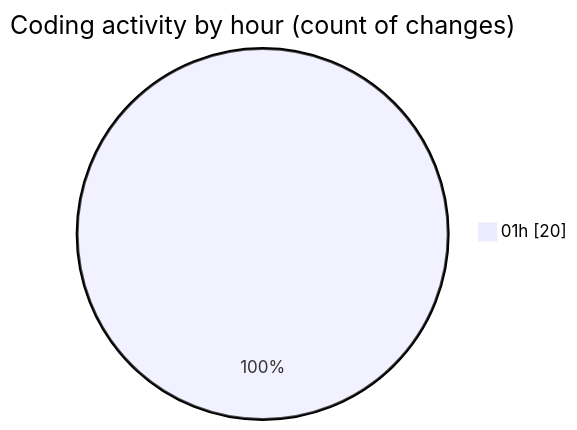
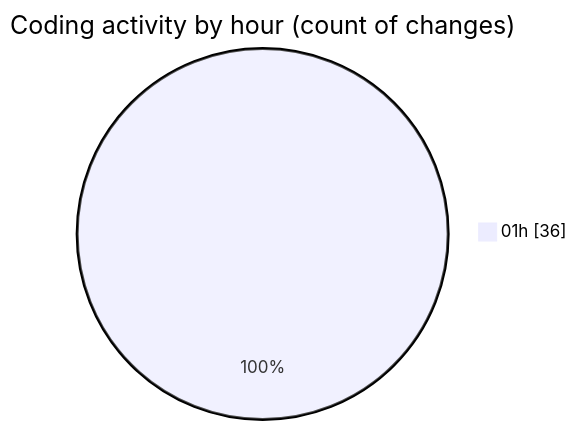
The second of 2 diagrams in 2025-07-29/appproject/README.md (lephambinh05/code-tracking), drawn with Mermaid before and after one commit. The commit also changed other lines of this file and 1 other file, not shown here.

````diff
--- a/2025-07-29/appproject/README.md
+++ b/2025-07-29/appproject/README.md
@@ -37,5 +49,5 @@
 ```mermaid
 pie showData
 title Coding activity by hour (count of changes)
-"01h" : 20
+"01h" : 36
 ```
````
